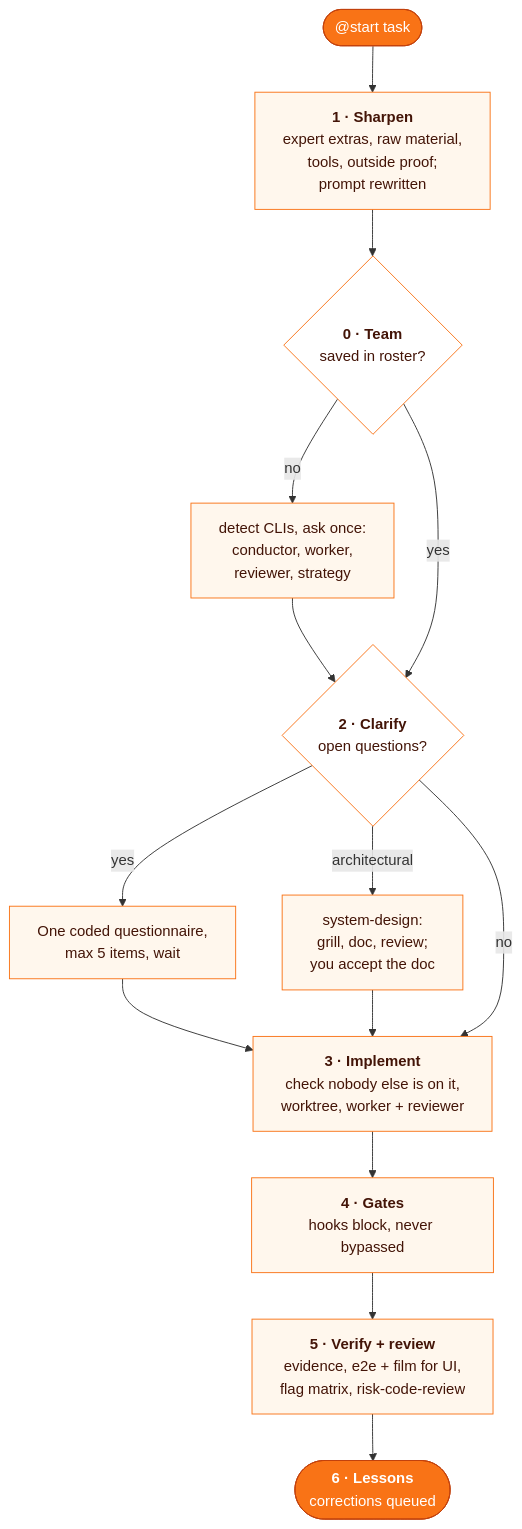
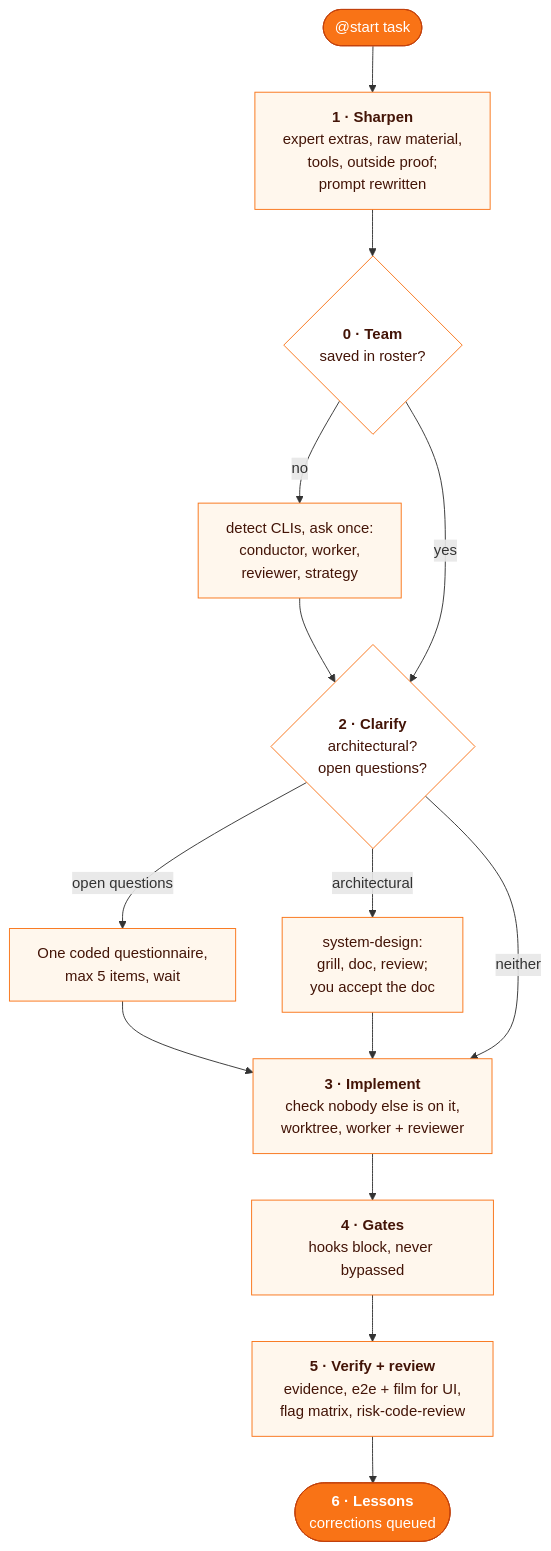
One commit to MarcinSufa/skills changed the diagram in skills/start/README.md. Above: the diagram before and after it, drawn with Mermaid.

Commit message:
docs(start): label the clarify branches in the diagram

````diff
--- a/skills/start/README.md
+++ b/skills/start/README.md
@@ -33,23 +33,23 @@
 ```mermaid
 flowchart TD
   IN(["@start task"]) --> S1["<b>1 · Sharpen</b><br/>expert extras, raw material,<br/>tools, outside proof;<br/>prompt rewritten"]
   S1 --> S0{"<b>0 · Team</b><br/>saved in roster?"}
   S0 -- no --> T["detect CLIs, ask once:<br/>conductor, worker,<br/>reviewer, strategy"]
   T --> S2
-  S0 -- yes --> S2{"<b>2 · Clarify</b><br/>open questions?"}
-  S2 -- yes --> Q["One coded questionnaire,<br/>max 5 items, wait"]
+  S0 -- yes --> S2{"<b>2 · Clarify</b><br/>architectural?<br/>open questions?"}
+  S2 -- "open questions" --> Q["One coded questionnaire,<br/>max 5 items, wait"]
   S2 -- architectural --> SD["system-design:<br/>grill, doc, review;<br/>you accept the doc"]
   Q --> S3
   SD --> S3
-  S2 -- no --> S3["<b>3 · Implement</b><br/>check nobody else is on it,<br/>worktree, worker + reviewer"]
+  S2 -- "neither" --> S3["<b>3 · Implement</b><br/>check nobody else is on it,<br/>worktree, worker + reviewer"]
   S3 --> S4["<b>4 · Gates</b><br/>hooks block, never bypassed"]
   S4 --> S5["<b>5 · Verify + review</b><br/>evidence, e2e + film for UI,<br/>flag matrix, risk-code-review"]
   S5 --> S6(["<b>6 · Lessons</b><br/>corrections queued"])
 
   classDef io fill:#f97316,stroke:#c2410c,color:#fff
   classDef step fill:#fff7ed,stroke:#f97316,color:#431407
   classDef ask fill:#ffffff,stroke:#f97316,color:#431407
   class IN,S6 io
   class S1,T,Q,SD,S3,S4,S5 step
   class S0,S2 ask
 ```
````
